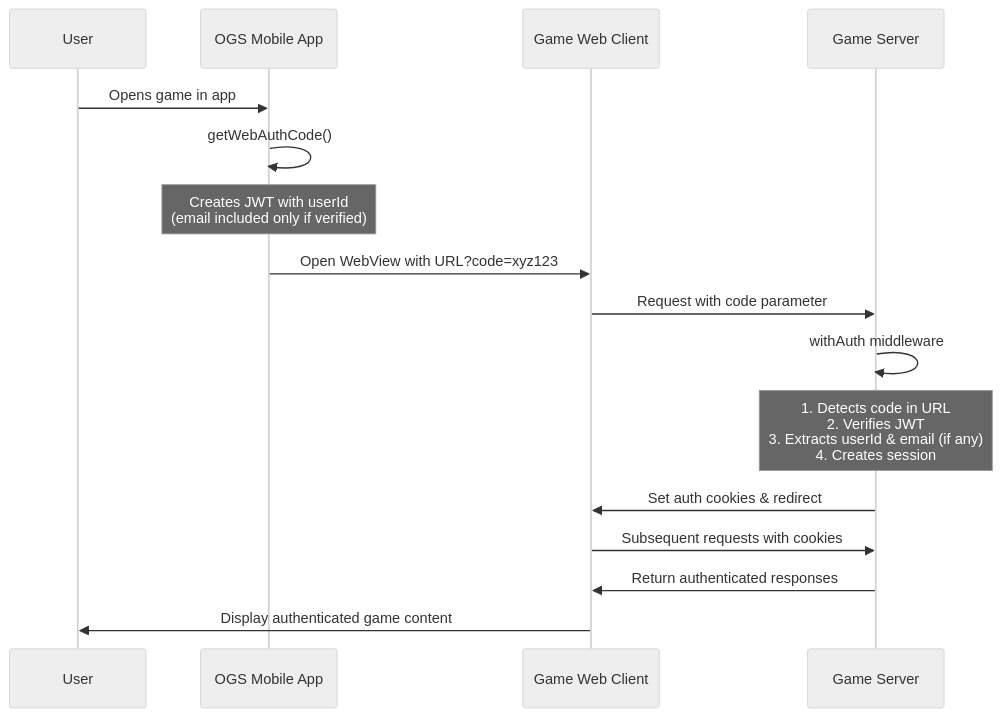
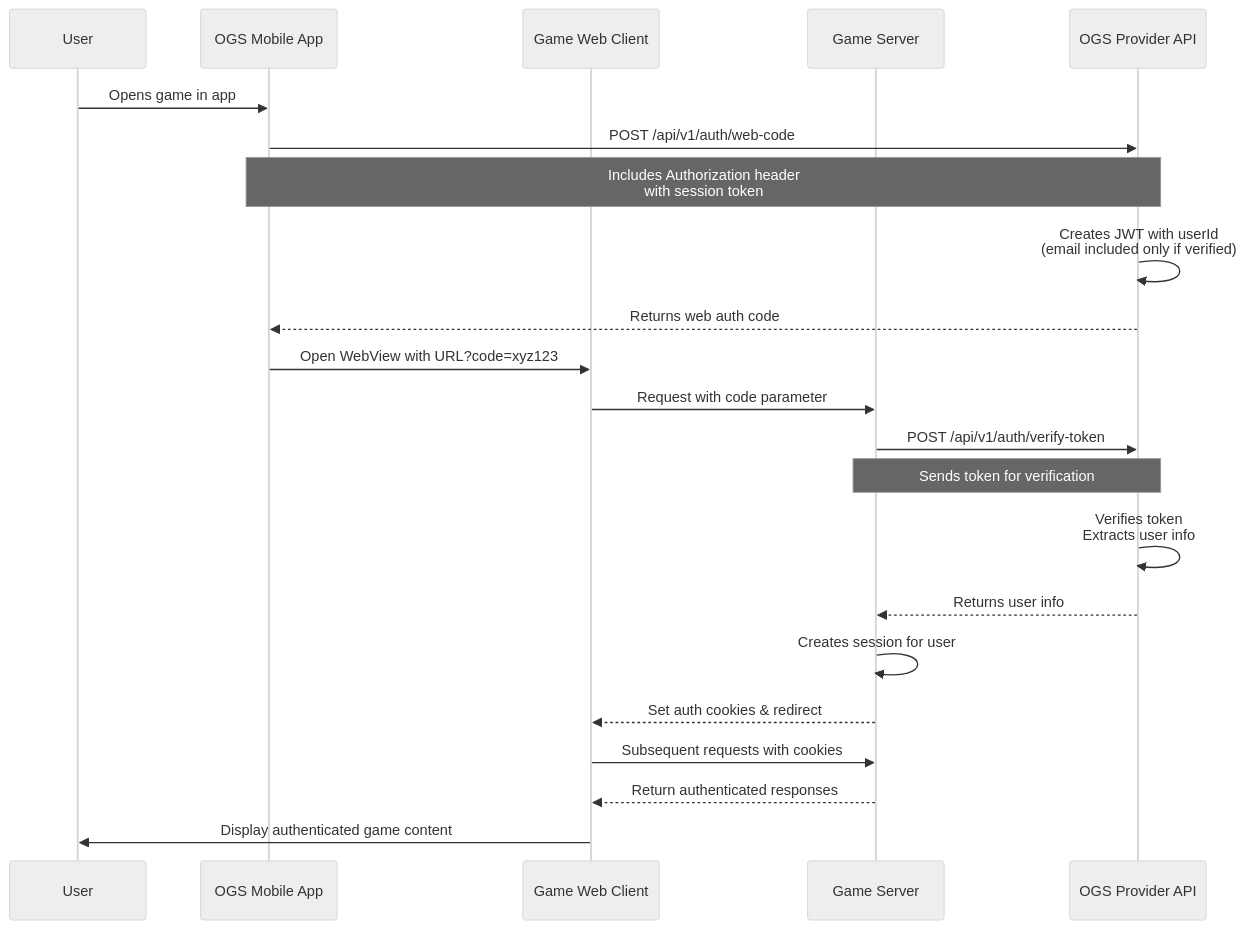
The second of 5 diagrams in profile/README.md (open-game-collective/.github), drawn with Mermaid (neutral theme) before and after one commit. The commit also changed other lines of this file, not shown here.

````diff
--- a/profile/README.md
+++ b/profile/README.md
@@ -78,19 +235,25 @@
 ```mermaid
 sequenceDiagram
     participant User
     participant OGSApp as OGS Mobile App
     participant GameWeb as Game Web Client
     participant GameServer as Game Server
+    participant OGSProvider as OGS Provider API
     
     User->>OGSApp: Opens game in app
-    OGSApp->>OGSApp: getWebAuthCode()
-    Note over OGSApp: Creates JWT with userId<br>(email included only if verified)
+    OGSApp->>OGSProvider: POST /api/v1/auth/web-code
+    Note over OGSApp,OGSProvider: Includes Authorization header<br>with session token
+    OGSProvider->>OGSProvider: Creates JWT with userId<br>(email included only if verified)
+    OGSProvider-->>OGSApp: Returns web auth code
     OGSApp->>GameWeb: Open WebView with URL?code=xyz123
     GameWeb->>GameServer: Request with code parameter
-    GameServer->>GameServer: withAuth middleware
-    Note over GameServer: 1. Detects code in URL<br>2. Verifies JWT<br>3. Extracts userId & email (if any)<br>4. Creates session
-    GameServer->>GameWeb: Set auth cookies & redirect
+    GameServer->>OGSProvider: POST /api/v1/auth/verify-token
+    Note over GameServer,OGSProvider: Sends token for verification
+    OGSProvider->>OGSProvider: Verifies token<br>Extracts user info
+    OGSProvider-->>GameServer: Returns user info
+    GameServer->>GameServer: Creates session for user
+    GameServer-->>GameWeb: Set auth cookies & redirect
     GameWeb->>GameServer: Subsequent requests with cookies
-    GameServer->>GameWeb: Return authenticated responses
+    GameServer-->>GameWeb: Return authenticated responses
     GameWeb->>User: Display authenticated game content
 ```
````
